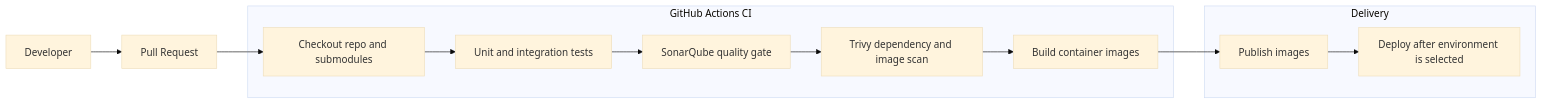
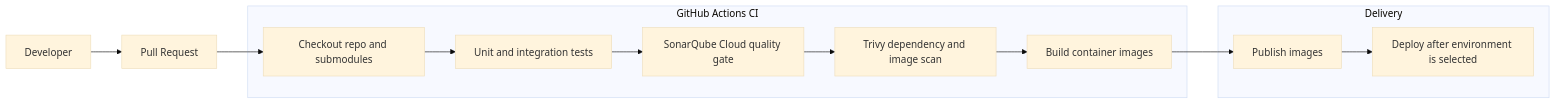
One commit to NhatNamNQ/SWD392-GROUP6 changed the diagram in docs/architecture/devsecops.md. Above: the diagram before and after it, drawn with Mermaid (base theme). The commit also changed other lines of this file and 24 other files, not shown here.

````diff
--- a/docs/architecture/devsecops.md
+++ b/docs/architecture/devsecops.md
@@ -8,25 +8,25 @@
 ```mermaid
 flowchart LR
     Dev[Developer] --> PR[Pull Request]
 
     subgraph CI["GitHub Actions CI"]
         Checkout[Checkout repo and submodules]
         Test[Unit and integration tests]
-        Sonar[SonarQube quality gate]
+        Sonar[SonarQube Cloud quality gate]
         Trivy[Trivy dependency and image scan]
         Build[Build container images]
     end
 
     subgraph CD["Delivery"]
         Publish[Publish images]
         Deploy[Deploy after environment is selected]
     end
 
     PR --> Checkout
     Checkout --> Test
     Test --> Sonar
     Sonar --> Trivy
     Trivy --> Build
     Build --> Publish
     Publish --> Deploy
 ```
````
